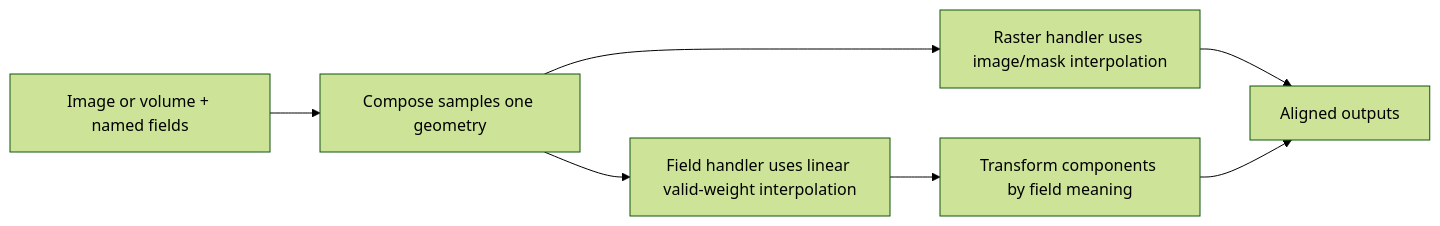
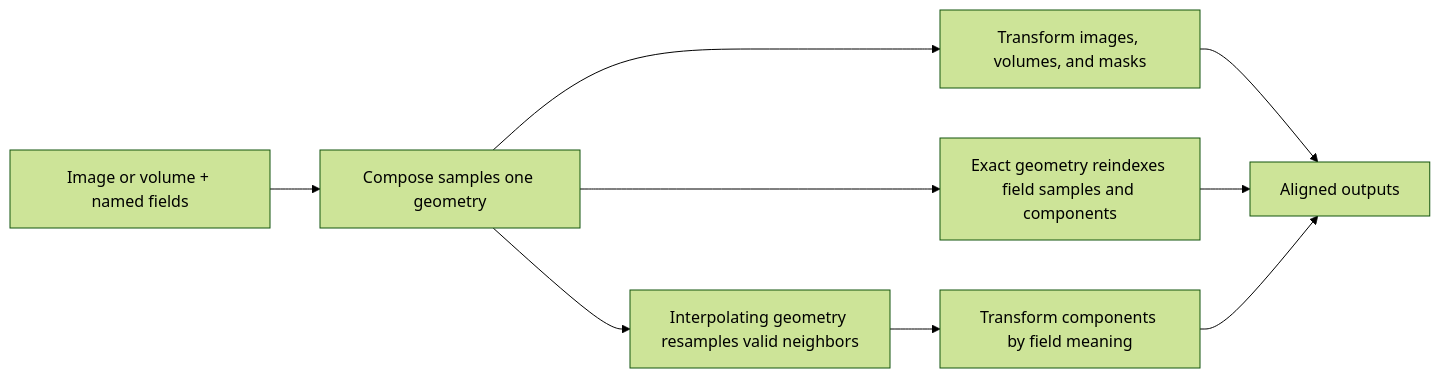
Before and after one commit to albumentations-team/AlbumentationsX: the diagram in docs/vector-fields.md, drawn with Mermaid (forest theme). The commit also changed other lines of this file and 12 other files, not shown here.

First line of the commit message:
fix(geometry): remove redundant work from vector field transforms (#676)

````diff
--- a/docs/vector-fields.md
+++ b/docs/vector-fields.md
@@ -116,9 +125,11 @@
 ```mermaid
 flowchart LR
     I["Image or volume + named fields"] --> C["Compose samples one geometry"]
-    C --> R["Raster handler uses image/mask interpolation"]
-    C --> F["Field handler uses linear valid-weight interpolation"]
+    C --> R["Transform images, volumes, and masks"]
+    C --> E["Exact geometry reindexes field samples and components"]
+    C --> F["Interpolating geometry resamples valid neighbors"]
     F --> J["Transform components by field meaning"]
     R --> O["Aligned outputs"]
+    E --> O
     J --> O
 ```
````
